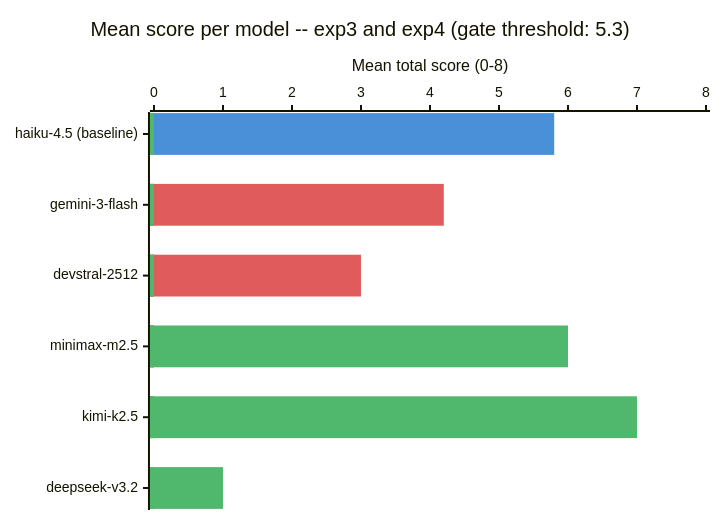
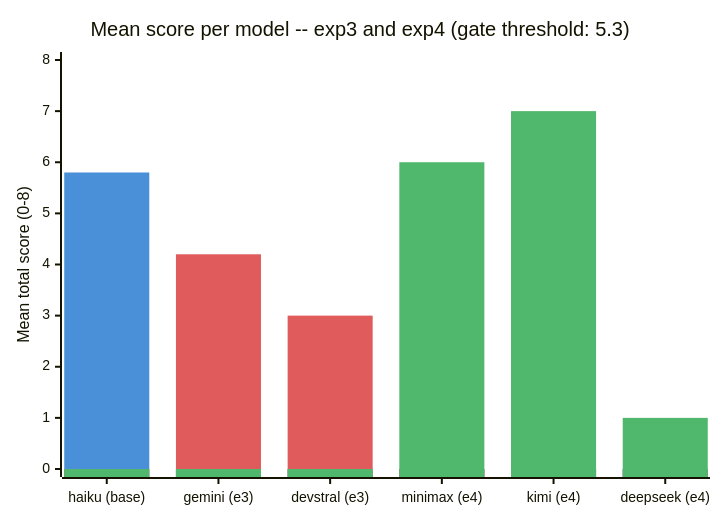
Before and after one commit to clouatre-labs/llm-agent-experiments: the diagram in README.md, drawn with Mermaid.

Commit message:
docs(readme): use vertical bars with shortened x-axis labels
Switch from horizontal to vertical xychart-beta to follow standard
bar chart orientation. Shorten x-axis labels to avoid overlap.

````diff
--- a/README.md
+++ b/README.md
@@ -75,15 +75,15 @@
 ```mermaid
 ---
 config:
   themeVariables:
     xyChart:
       plotColorPalette: "#4a90d9, #e05c5c, #50b86c"
 ---
-xychart horizontal
+xychart-beta
     title "Mean score per model -- exp3 and exp4 (gate threshold: 5.3)"
-    x-axis ["haiku-4.5 (baseline)", "gemini-3-flash", "devstral-2512", "minimax-m2.5", "kimi-k2.5", "deepseek-v3.2"]
+    x-axis ["haiku (base)", "gemini (e3)", "devstral (e3)", "minimax (e4)", "kimi (e4)", "deepseek (e4)"]
     y-axis "Mean total score (0-8)" 0 --> 8
     bar "baseline" [5.8, 0, 0, 0, 0, 0]
     bar "exp3" [0, 4.2, 3.0, 0, 0, 0]
     bar "exp4" [0, 0, 0, 6.0, 7.0, 1.0]
 ```
````
